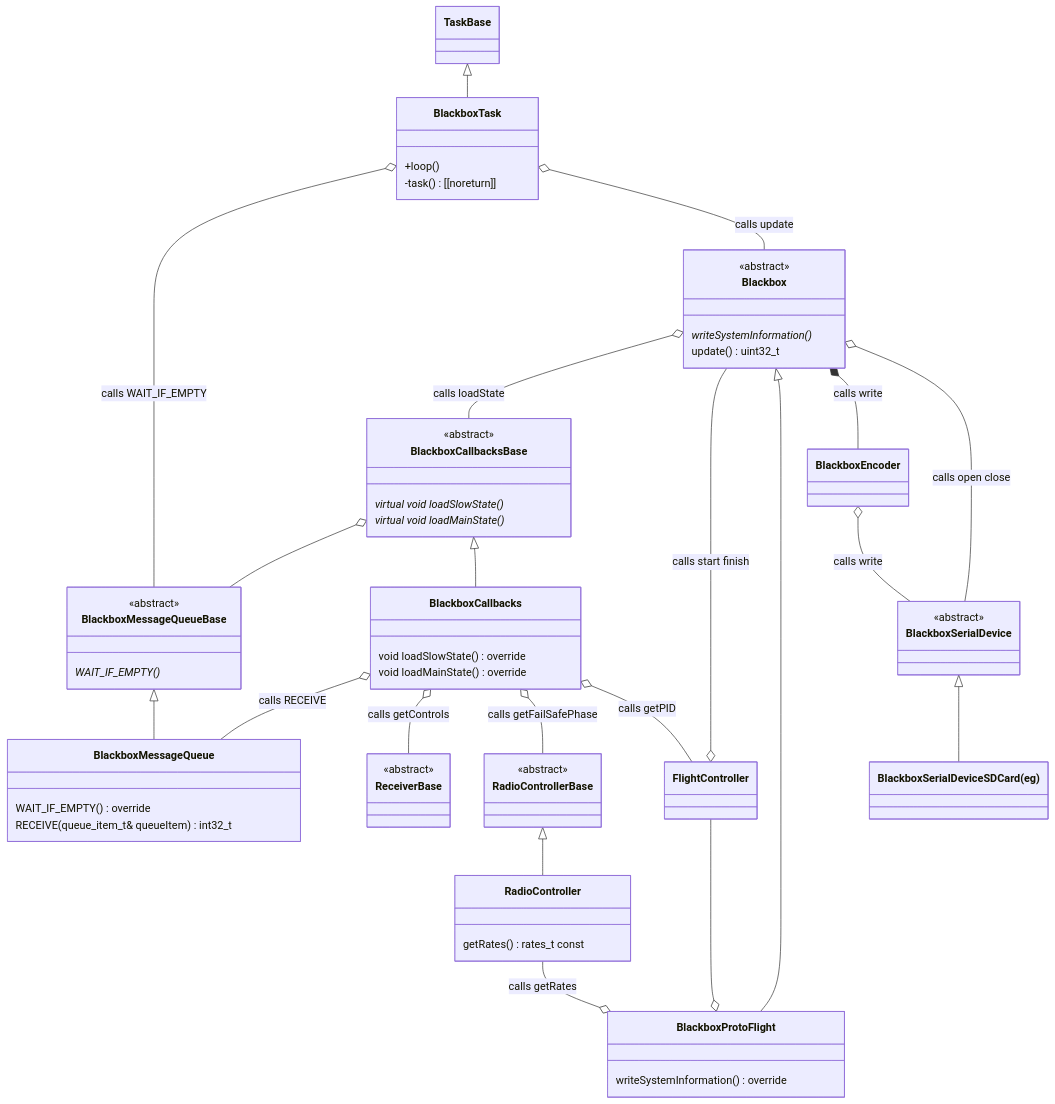
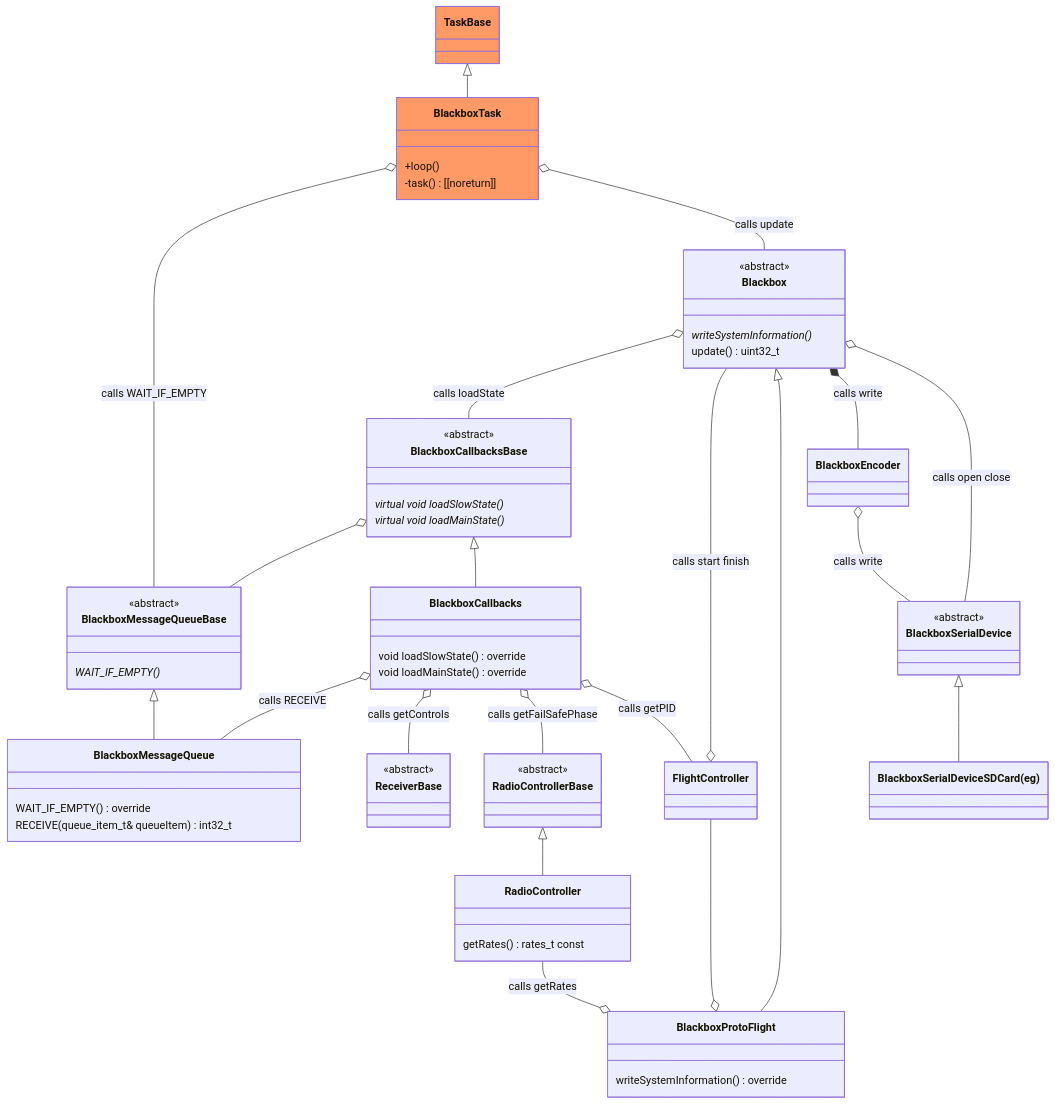
One commit to martinbudden/Protoflight changed the third of 5 diagrams in README.md. Above: the diagram before and after it, drawn with Mermaid. The commit also changed other lines of this file, not shown here.

Commit message:
Update class diagram.

````diff
--- a/README.md
+++ b/README.md
@@ -636,11 +652,15 @@
     RadioController --o BlackboxProtoFlight : calls getRates
 
 
+    class TaskBase:::taskClass {
+    }
     TaskBase <|-- BlackboxTask
-    class BlackboxTask {
+    class BlackboxTask:::taskClass {
         +loop()
         -task() [[noreturn]]
     }
     BlackboxTask o-- BlackboxMessageQueueBase : calls WAIT_IF_EMPTY
     BlackboxTask o-- Blackbox : calls update
+
+    classDef taskClass fill:#f96
 ```
````
